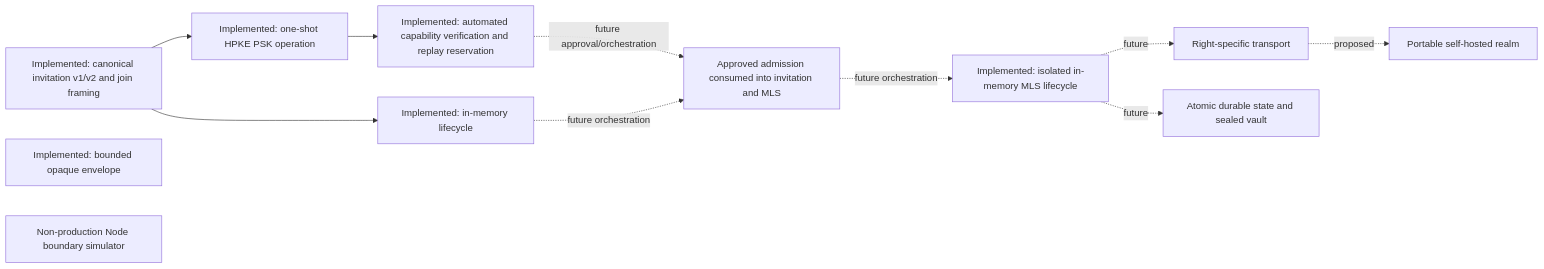
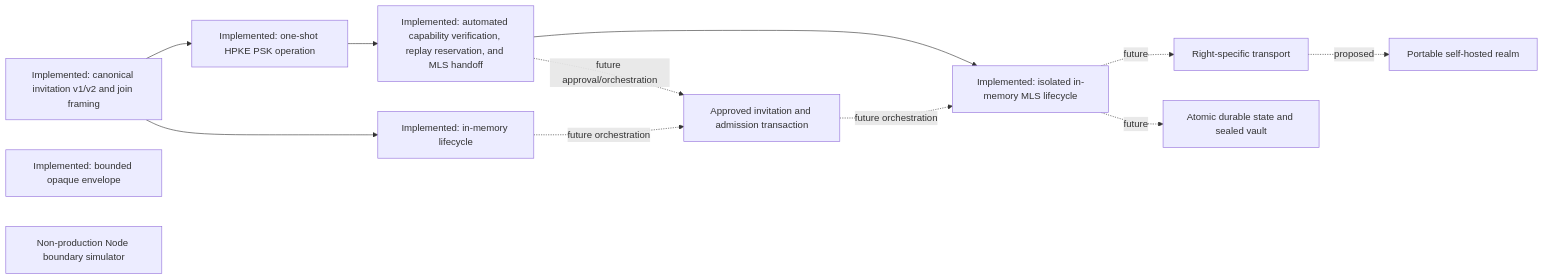
The diagram in docs/INDEPENDENT_AUDIT_BRIEF.md (dills122/session-chat), drawn with Mermaid before and after one commit. The commit also changed other lines of this file and 11 other files, not shown here.

Commit message:
docs: record admission to MLS evidence

````diff
--- a/docs/INDEPENDENT_AUDIT_BRIEF.md
+++ b/docs/INDEPENDENT_AUDIT_BRIEF.md
@@ -77,15 +77,16 @@
 ```mermaid
 flowchart LR
   I["Implemented: canonical invitation v1/v2 and join framing"] --> P["Implemented: one-shot HPKE PSK operation"]
-  P --> C["Implemented: automated capability verification and replay reservation"]
+  P --> C["Implemented: automated capability verification, replay reservation, and MLS handoff"]
   I --> R["Implemented: in-memory lifecycle"]
   E["Implemented: bounded opaque envelope"]
   M["Implemented: isolated in-memory MLS lifecycle"]
   N["Non-production Node boundary simulator"]
-  C -. future approval/orchestration .-> A["Approved admission consumed into invitation and MLS"]
+  C --> M
+  C -. future approval/orchestration .-> A["Approved invitation and admission transaction"]
   R -. future orchestration .-> A
   A -. future orchestration .-> M
   M -. future .-> T["Right-specific transport"]
   M -. future .-> V["Atomic durable state and sealed vault"]
   T -. proposed .-> H["Portable self-hosted realm"]
 ```
````
